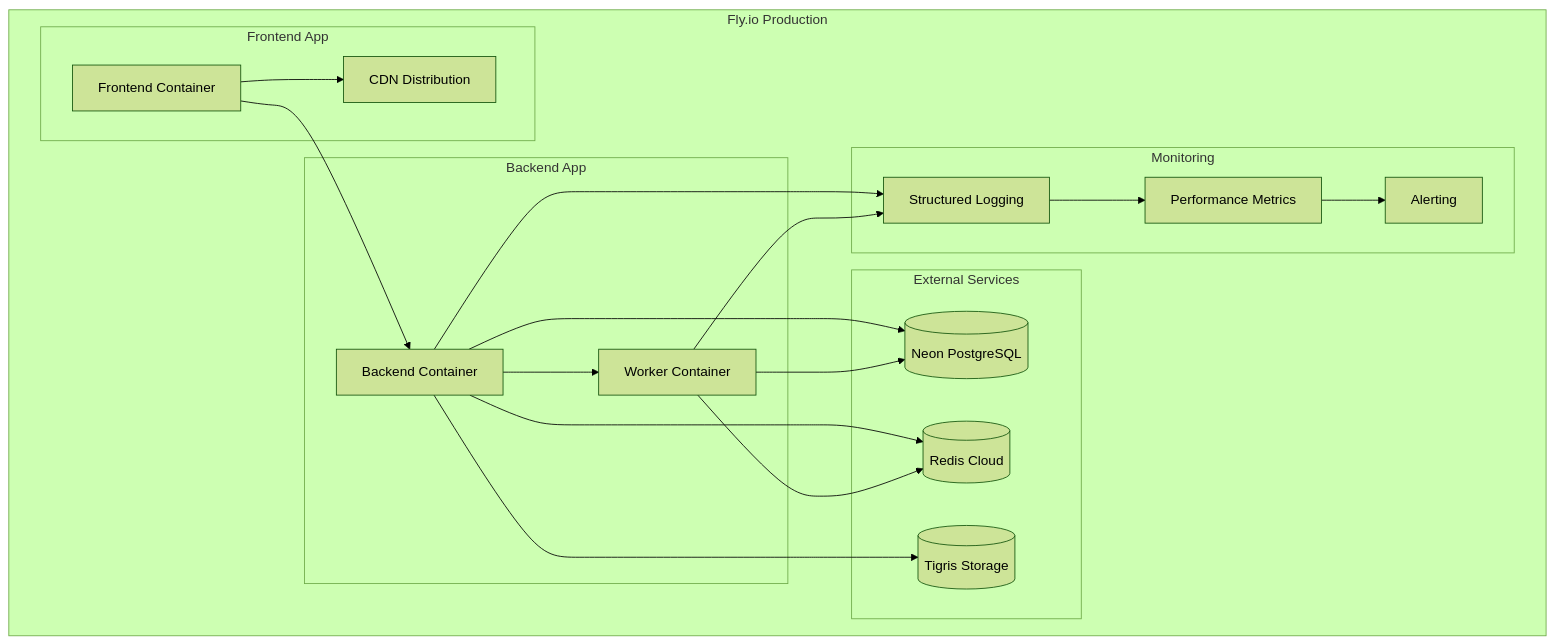
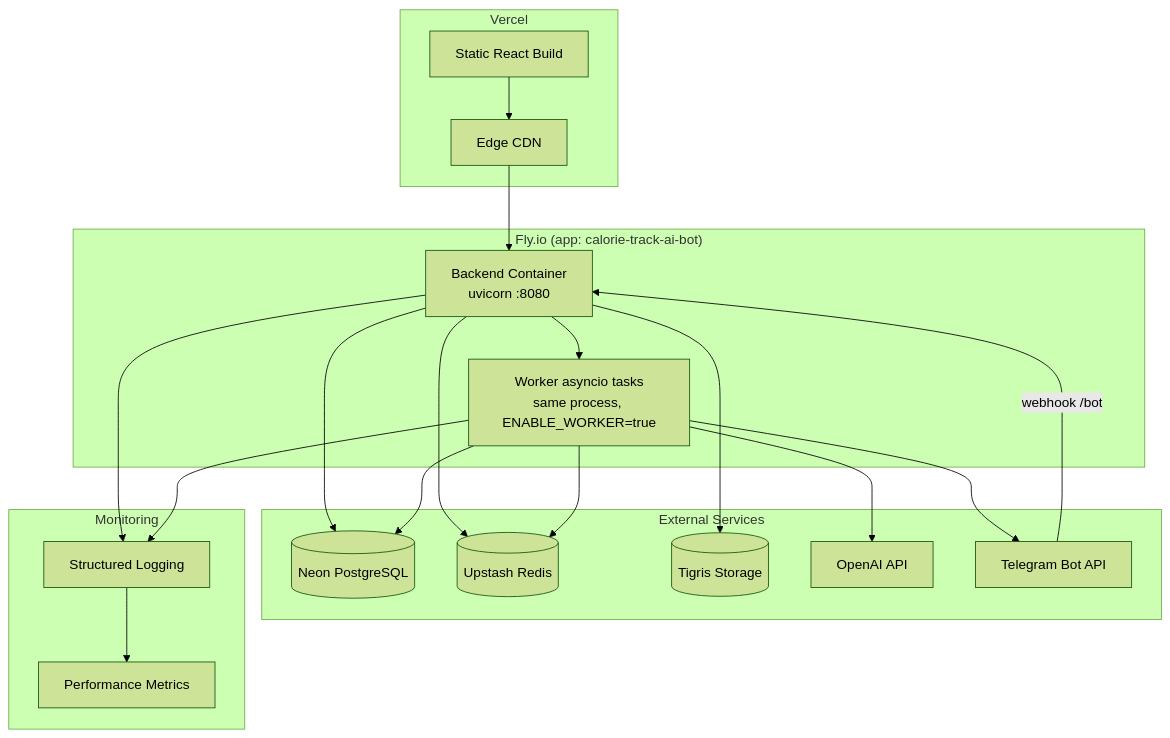
Before and after one commit to gofrolist/calorie-track-ai-bot-api: the eighth of 14 diagrams in docs/ARCHITECTURE.md, drawn with Mermaid (forest theme). The commit also changed other lines of this file and 49 other files, not shown here.

First line of the commit message:
docs: align documentation with current code and architecture

````diff
--- a/docs/ARCHITECTURE.md
+++ b/docs/ARCHITECTURE.md
@@ -438,39 +444,40 @@
 ```mermaid
 graph TB
-    subgraph "Fly.io Production"
-        subgraph "Frontend App"
-            FE_PROD[Frontend Container]
-            FE_CDN[CDN Distribution]
-        end
+    subgraph "Vercel"
+        FE_PROD[Static React Build]
+        FE_CDN[Edge CDN]
+    end
 
-        subgraph "Backend App"
-            API_PROD[Backend Container]
-            WORKER_PROD[Worker Container]
-        end
+    subgraph "Fly.io (app: calorie-track-ai-bot)"
+        API_PROD[Backend Container<br/>uvicorn :8080]
+        WORKER_PROD[Worker asyncio tasks<br/>same process, ENABLE_WORKER=true]
+    end
 
-        subgraph "External Services"
-            NEON[(Neon PostgreSQL)]
-            REDIS_PROD[(Redis Cloud)]
-            TIGRIS[(Tigris Storage)]
-        end
+    subgraph "External Services"
+        NEON[(Neon PostgreSQL)]
+        REDIS_PROD[(Upstash Redis)]
+        TIGRIS[(Tigris Storage)]
+        OPENAI_PROD[OpenAI API]
+        TG_PROD[Telegram Bot API]
+    end
 
-        subgraph "Monitoring"
-            LOGS[Structured Logging]
-            METRICS[Performance Metrics]
-            ALERTS[Alerting]
-        end
+    subgraph "Monitoring"
+        LOGS[Structured Logging]
+        METRICS[Performance Metrics]
     end
 
     FE_PROD --> FE_CDN
-    FE_PROD --> API_PROD
+    FE_CDN --> API_PROD
+    TG_PROD -->|webhook /bot| API_PROD
     API_PROD --> WORKER_PROD
     API_PROD --> NEON
     API_PROD --> REDIS_PROD
     API_PROD --> TIGRIS
     WORKER_PROD --> NEON
     WORKER_PROD --> REDIS_PROD
+    WORKER_PROD --> OPENAI_PROD
+    WORKER_PROD --> TG_PROD
     API_PROD --> LOGS
     WORKER_PROD --> LOGS
     LOGS --> METRICS
-    METRICS --> ALERTS
 ```
````
